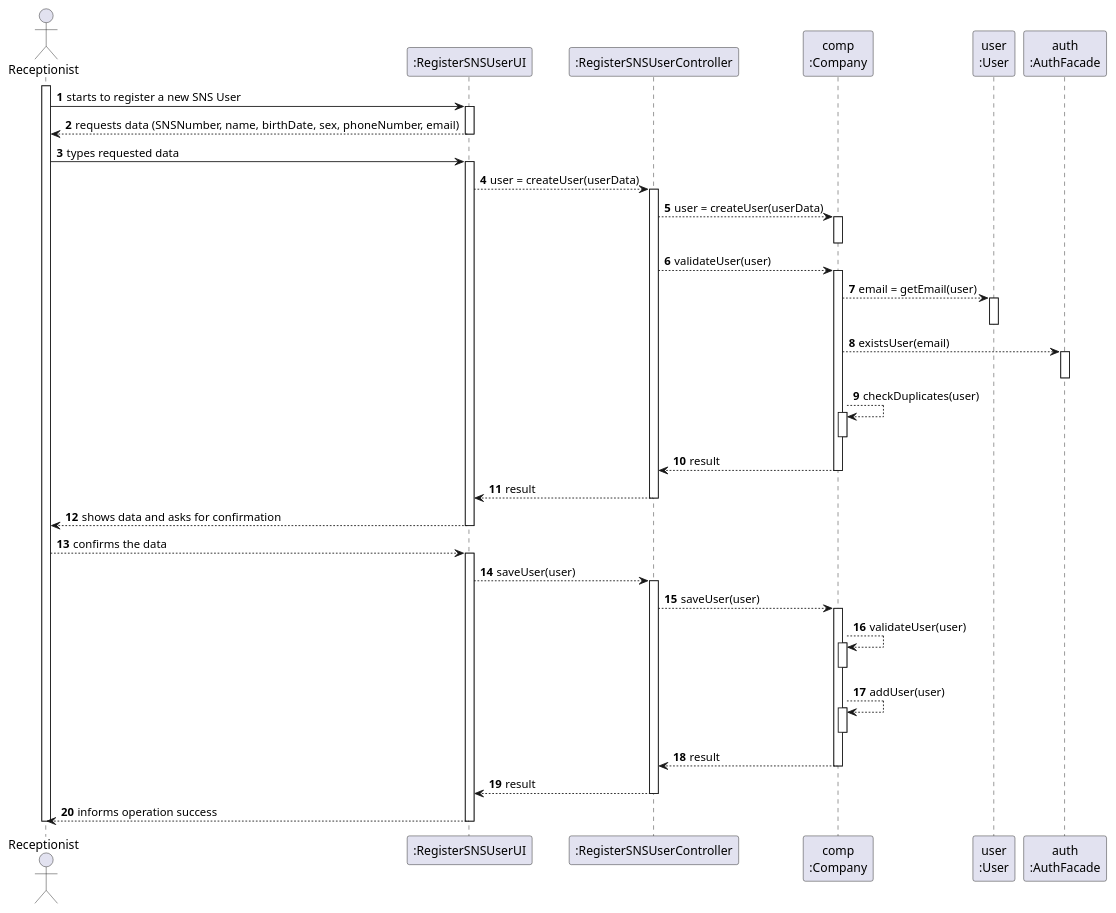
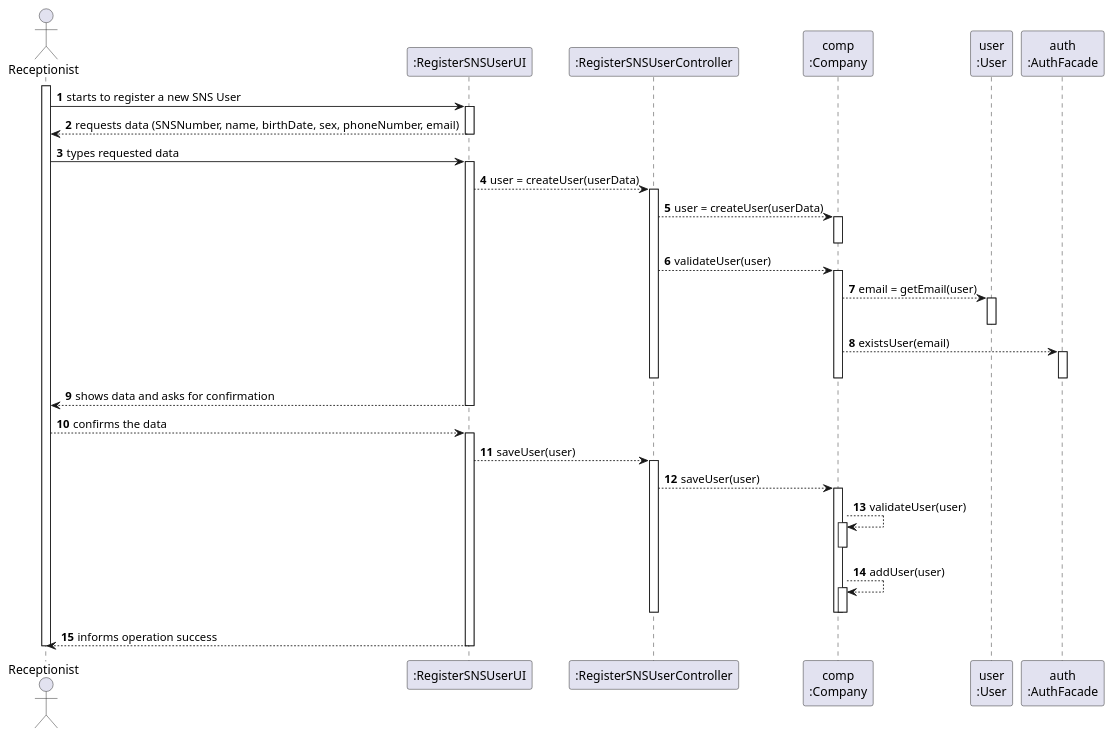
Before and after one commit to miseEnPlace-i/lapr2: the diagram in docs/SprintB/US03/SD/US03_SD.puml, drawn with PlantUML. The commit also changed 5 other files, not shown here.

Commit message:
docs(US03): update diagrams

```diff
--- a/docs/SprintB/US03/SD/US03_SD.puml
+++ b/docs/SprintB/US03/SD/US03_SD.puml
@@ -1,85 +1,78 @@
 @startuml Sequence Diagram
 autonumber
 'hide footbox
 actor "Receptionist" as RECEPT
 
 participant ":RegisterSNSUserUI" as UI
 participant ":RegisterSNSUserController" as CTRL
 participant "comp\n:Company" as COMP
+' participant "store\n:UserStore" as STORE
 participant "user\n:User" as USER
 participant "auth\n:AuthFacade" as AUTH
 ' participant "lstSnsU\n:List<SNSUser>" as LIST
 
 activate RECEPT
 RECEPT -> UI : starts to register a new SNS User
 activate UI
 UI --> RECEPT : requests data (SNSNumber, name, birthDate, sex, phoneNumber, email)
 deactivate UI
 
 RECEPT -> UI : types requested data
 activate UI
 
 UI --> CTRL : user = createUser(userData)
 activate CTRL
 
 CTRL --> COMP : user = createUser(userData)
 activate COMP
 deactivate COMP
 
 CTRL --> COMP : validateUser(user)
 activate COMP
 
 COMP --> USER : email = getEmail(user)
 activate USER
 deactivate USER
 
 COMP --> AUTH : existsUser(email)
 activate AUTH
 deactivate AUTH
 
-COMP --> COMP : checkDuplicates(user)
-activate COMP
-deactivate COMP
-
-CTRL <-- COMP : result
+' COMP --> COMP : checkDuplicates(user)
+' activate COMP
+' deactivate COMP
 
 deactivate COMP
-
-UI <-- CTRL : result
 
 deactivate CTRL
 
 UI --> RECEPT : shows data and asks for confirmation
 deactivate UI
 
 RECEPT --> UI : confirms the data
 activate UI
 
 UI --> CTRL : saveUser(user)
 activate CTRL
 
 CTRL --> COMP : saveUser(user)
 activate COMP
 
 COMP --> COMP : validateUser(user)
 activate COMP
 deactivate COMP
 
 COMP --> COMP : addUser(user)
 activate COMP
 deactivate COMP
 
-CTRL <-- COMP : result
-
 deactivate COMP
-
-UI <-- CTRL : result
 
 deactivate CTRL
 
 UI --> RECEPT : informs operation success
 deactivate UI
 
 deactivate RECEPT
 
 @enduml
```
